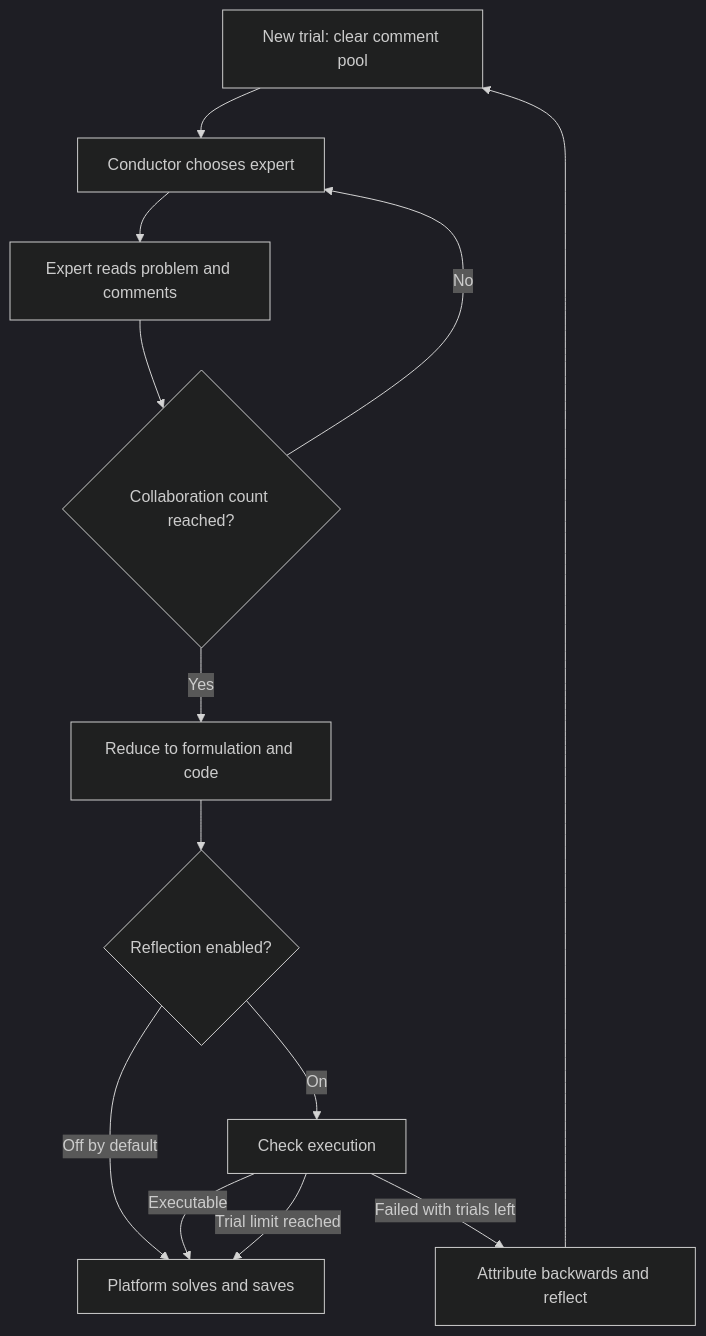
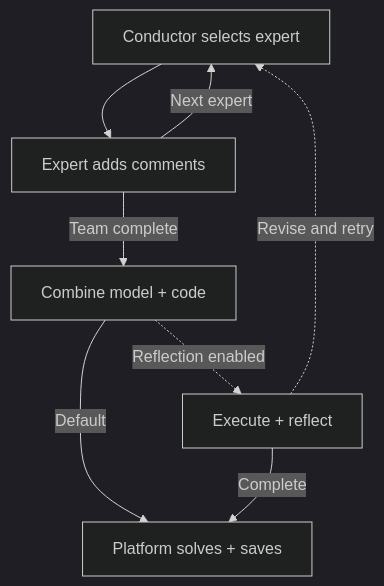
One commit to Fangziyang0910/LLM4OM changed the diagram in website/content/en/coe.md. Above: the diagram before and after it, drawn with Mermaid (dark theme). The commit also changed other lines of this file and 231 other files, not shown here.

````diff
--- a/website/content/en/coe.md
+++ b/website/content/en/coe.md
@@ -11,15 +11,15 @@
 ```mermaid
 flowchart TB
-  Start["New trial: clear comment pool"] --> Conductor["Conductor chooses expert"]
-  Conductor --> Expert["Expert reads problem and comments"]
-  Expert --> Count{"Collaboration count reached?"}
-  Count -->|No| Conductor
-  Count -->|Yes| Reduce["Reduce to formulation and code"]
-  Reduce --> Reflect{"Reflection enabled?"}
-  Reflect -->|Off by default| Return["Platform solves and saves"]
-  Reflect -->|On| Test["Check execution"]
-  Test -->|Executable| Return
-  Test -->|Failed with trials left| Back["Attribute backwards and reflect"]
-  Back --> Start
-  Test -->|Trial limit reached| Return
+  Conductor["Conductor selects expert"]
+  Expert["Expert adds comments"]
+  Reduce["Combine model + code"]
+  Return["Platform solves + saves"]
+  Reflect["Execute + reflect"]
+  Conductor --> Expert
+  Expert -->|Next expert| Conductor
+  Expert -->|Team complete| Reduce
+  Reduce -->|Default| Return
+  Reduce -.->|Reflection enabled| Reflect
+  Reflect -.->|Revise and retry| Conductor
+  Reflect -->|Complete| Return
 ```
````
